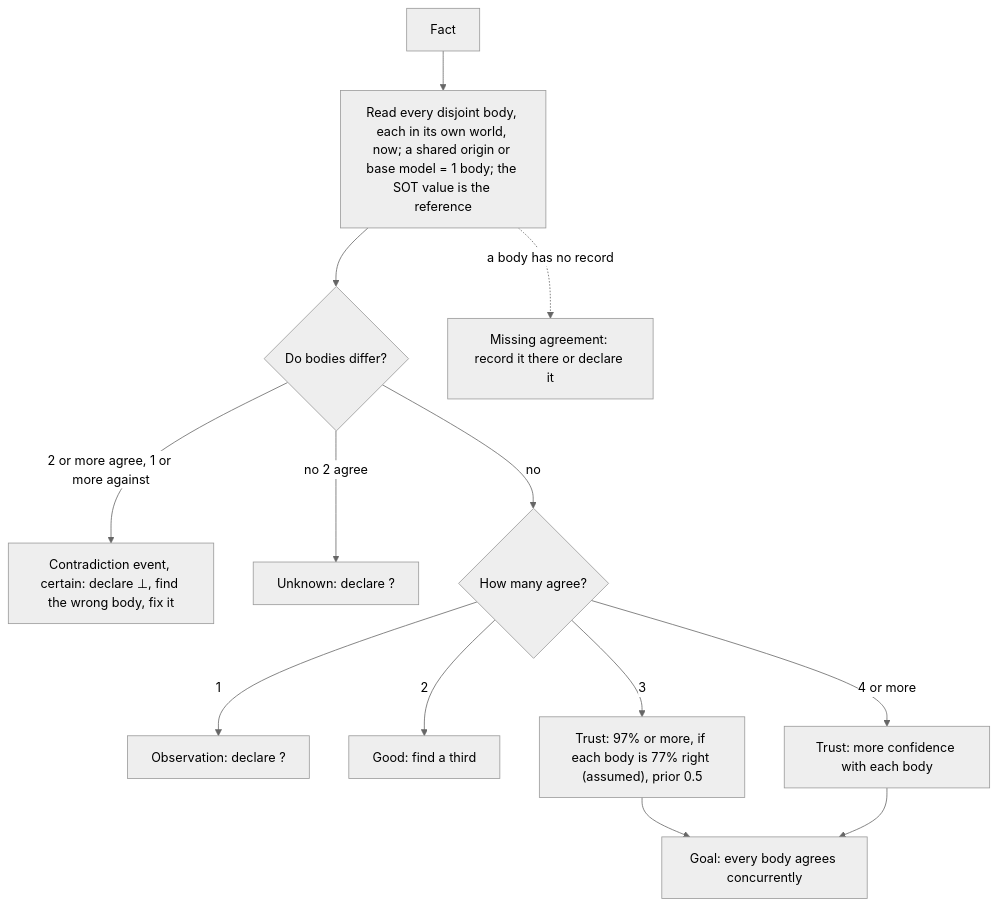
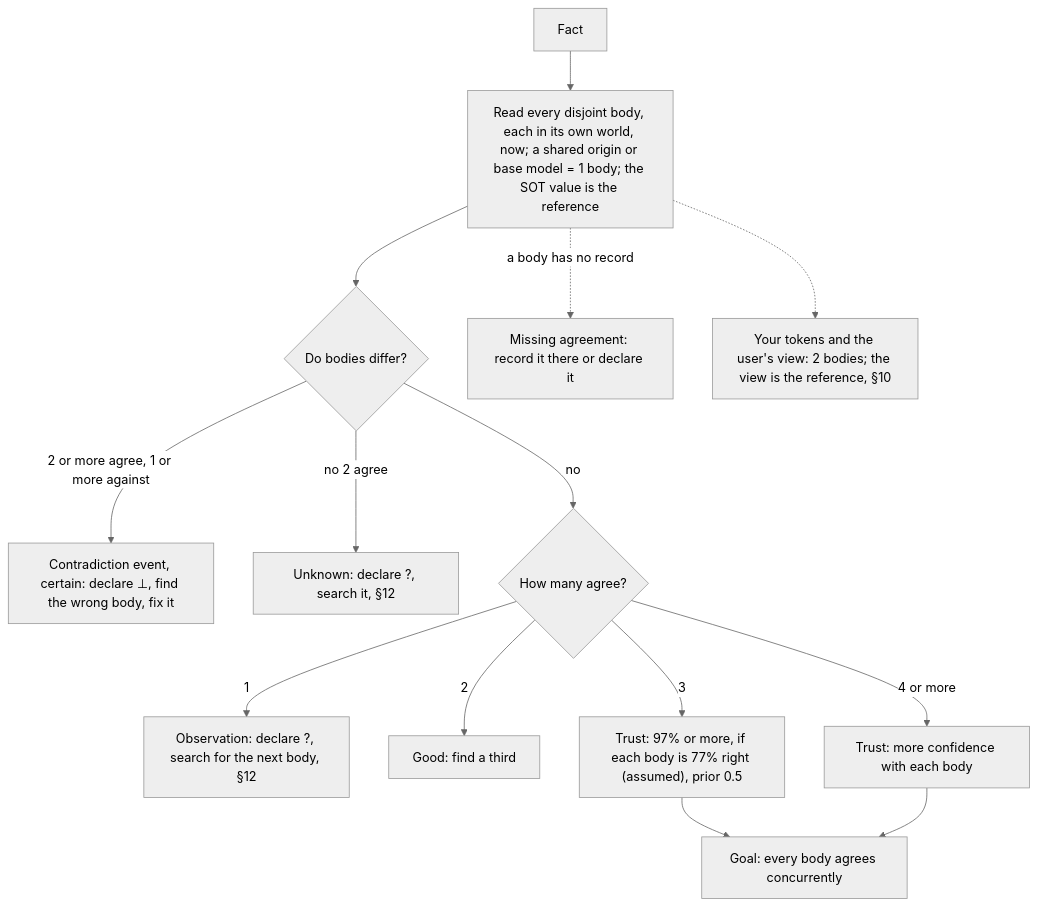
Before and after one commit to SolenixAI/arbiter: diagram 14 of 14 in AGENTS.md, drawn with Mermaid (neutral theme). The commit also changed other lines of this file and 2 other files, not shown here.

First line of the commit message:
feat(agents): agents never stop at 99%: one correct way, real journeys, observed in the user's view (#49)

````diff
--- a/AGENTS.md
+++ b/AGENTS.md
@@ -637,15 +664,16 @@
 ```mermaid
 flowchart TD
   F[Fact] --> B["Read every disjoint body, each in its own world, now; a shared origin or base model = 1 body; the SOT value is the reference"]
   B --> D{Do bodies differ?}
   D -->|2 or more agree, 1 or more against| C["Contradiction event, certain: declare ⊥, find the wrong body, fix it"]
-  D -->|no 2 agree| U["Unknown: declare ?"]
+  D -->|no 2 agree| U["Unknown: declare ?, search it, §12"]
   D -->|no| N{How many agree?}
-  N -->|1| O["Observation: declare ?"]
+  N -->|1| O["Observation: declare ?, search for the next body, §12"]
   N -->|2| G[Good: find a third]
   N -->|3| T["Trust: 97% or more, if each body is 77% right (assumed), prior 0.5"]
   N -->|4 or more| M[Trust: more confidence with each body]
   B -.->|a body has no record| Mi[Missing agreement: record it there or declare it]
+  B -.-> TP["Your tokens and the user's view: 2 bodies; the view is the reference, §10"]
   T --> Goal[Goal: every body agrees concurrently]
   M --> Goal
 ```
````
